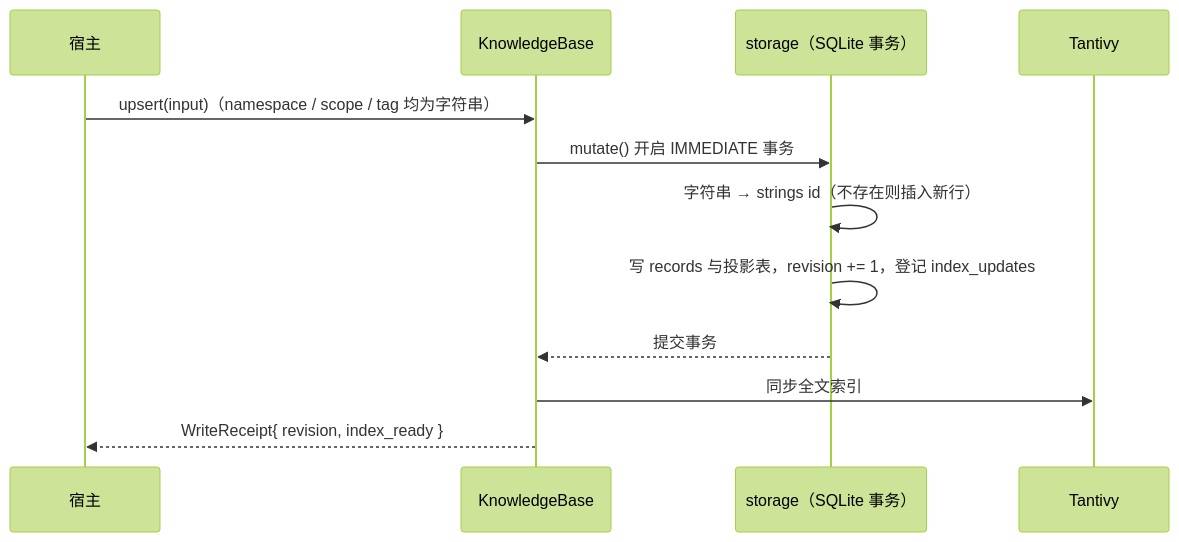
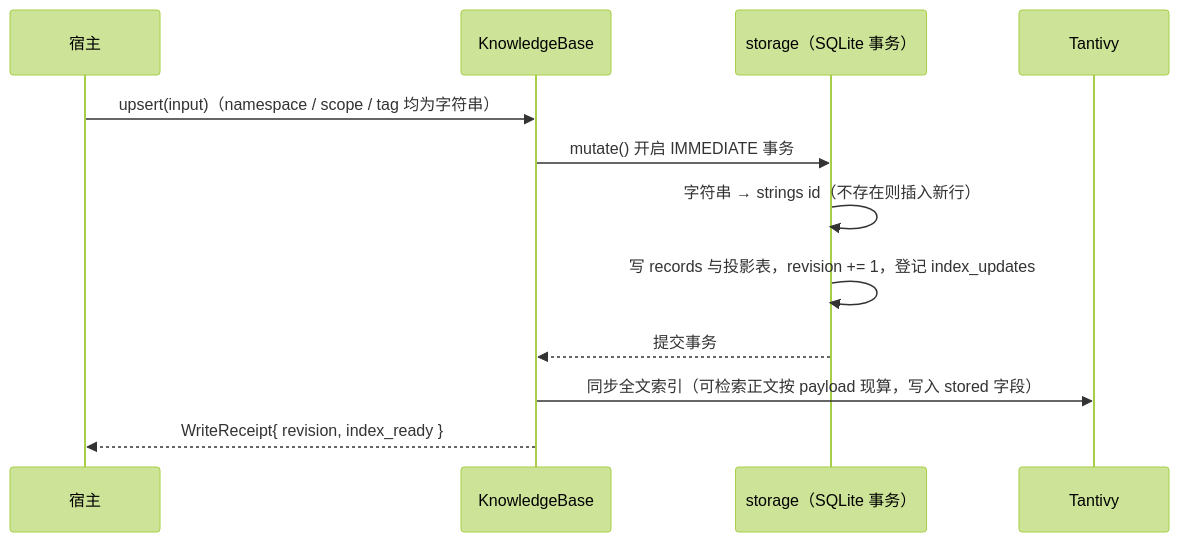
The fourth of 4 diagrams in docs/architecture.md (kawayiYokami/p-memory), drawn with Mermaid (forest theme) before and after one commit. The commit also changed other lines of this file and 18 other files, not shown here.

````diff
--- a/docs/architecture.md
+++ b/docs/architecture.md
@@ -182,15 +183,15 @@
 ```mermaid
 sequenceDiagram
     participant H as 宿主
     participant K as KnowledgeBase
     participant S as storage（SQLite 事务）
     participant I as Tantivy
 
     H->>K: upsert(input)（namespace / scope / tag 均为字符串）
     K->>S: mutate() 开启 IMMEDIATE 事务
     S->>S: 字符串 → strings id（不存在则插入新行）
     S->>S: 写 records 与投影表，revision += 1，登记 index_updates
     S-->>K: 提交事务
-    K->>I: 同步全文索引
+    K->>I: 同步全文索引（可检索正文按 payload 现算，写入 stored 字段）
     K-->>H: WriteReceipt{ revision, index_ready }
 ```
````
